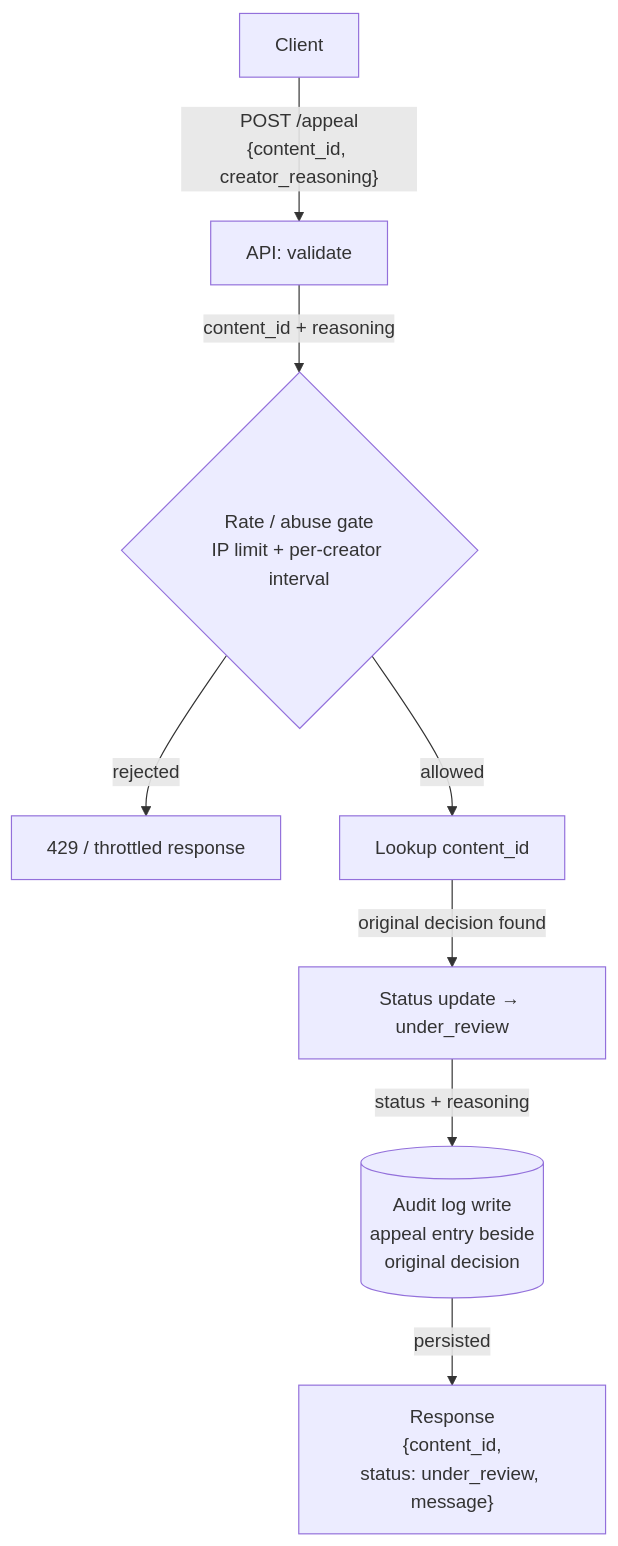
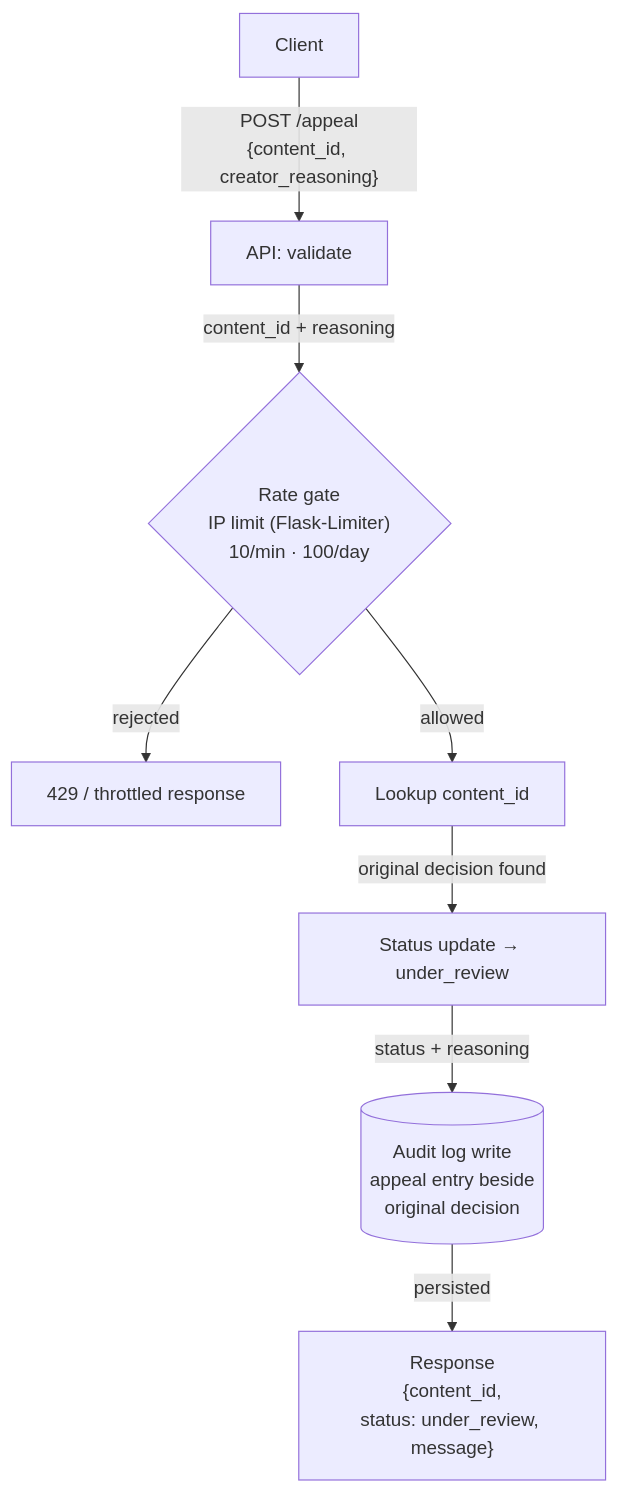
One commit to bbdevelops/ai201-project4-provenance-guard changed the second of 2 diagrams in planning.md. Above: the diagram before and after it, drawn with Mermaid. The commit also changed other lines of this file and 9 other files, not shown here.

Commit message:
Complete Ensemble Detection stretch goal, add third signal detection for perplexity using GPT-2 Small, integrate third signal as optional using a flag, integrate third signal into existing architecture

````diff
--- a/planning.md
+++ b/planning.md
@@ -303,10 +305,10 @@
 ```mermaid
 flowchart TD
     A["Client"] -->|"POST /appeal<br/>{content_id, creator_reasoning}"| B["API: validate"]
-    B -->|"content_id + reasoning"| G{"Rate / abuse gate<br/>IP limit + per-creator interval"}
+    B -->|"content_id + reasoning"| G{"Rate gate<br/>IP limit (Flask-Limiter)<br/>10/min · 100/day"}
     G -->|"rejected"| R429["429 / throttled response"]
     G -->|"allowed"| C["Lookup content_id"]
     C -->|"original decision found"| D["Status update &rarr; under_review"]
     D -->|"status + reasoning"| L[("Audit log write<br/>appeal entry beside<br/>original decision")]
     L -->|"persisted"| Z["Response<br/>{content_id,<br/>status: under_review, message}"]
 ```
````
